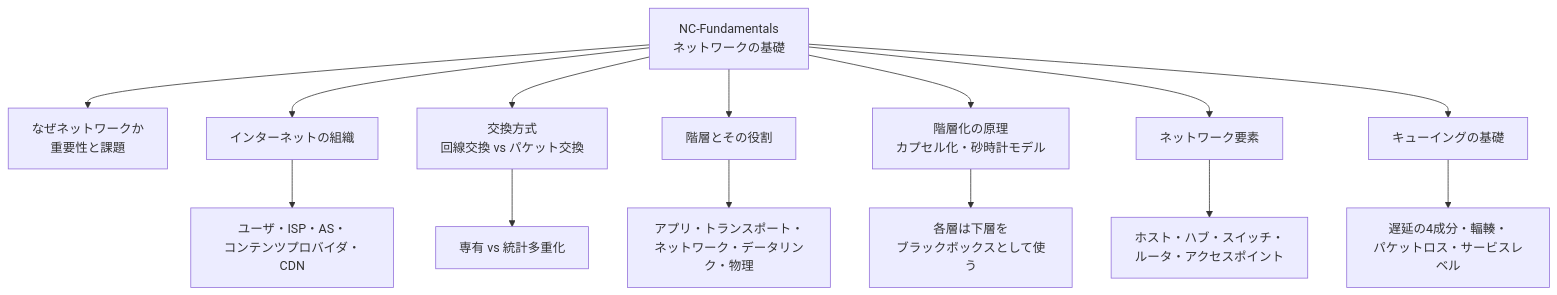
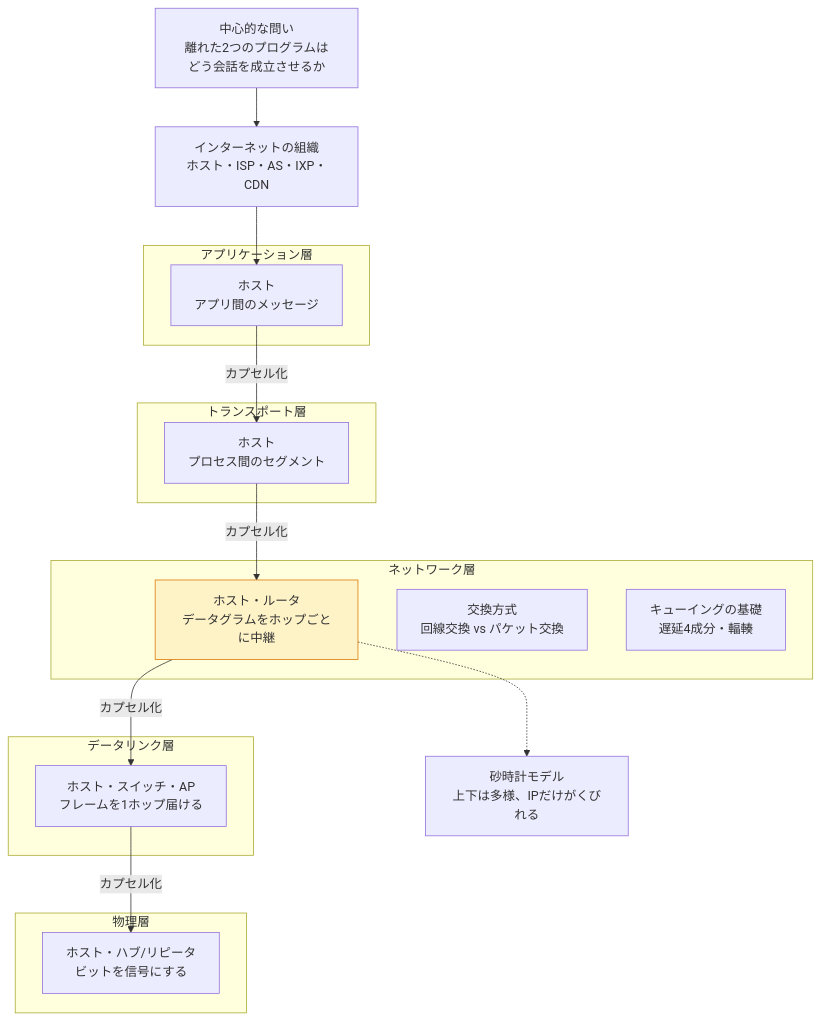
Before and after one commit to miyataka/cszap: the first of 3 diagrams in docs/NC/NC-Fundamentals.md, drawn with Mermaid. The commit also changed other lines of this file and 28 other files, not shown here.

First line of the commit message:
docs: redesign 全体像 diagrams per unit (29 pages)

````diff
--- a/docs/NC/NC-Fundamentals.md
+++ b/docs/NC/NC-Fundamentals.md
@@ -12,16 +12,35 @@
 ```mermaid
 graph TD
-  A[NC-Fundamentals<br/>ネットワークの基礎] --> B[なぜネットワークか<br/>重要性と課題]
-  A --> C[インターネットの組織]
-  A --> D[交換方式<br/>回線交換 vs パケット交換]
-  A --> E[階層とその役割]
-  A --> F[階層化の原理<br/>カプセル化・砂時計モデル]
-  A --> G[ネットワーク要素]
-  A --> H[キューイングの基礎]
-  C --> C1[ユーザ・ISP・AS・<br/>コンテンツプロバイダ・CDN]
-  D --> D1[専有 vs 統計多重化]
-  E --> E1[アプリ・トランスポート・<br/>ネットワーク・データリンク・物理]
-  F --> F1[各層は下層を<br/>ブラックボックスとして使う]
-  G --> G1[ホスト・ハブ・スイッチ・<br/>ルータ・アクセスポイント]
-  H --> H1[遅延の4成分・輻輳・<br/>パケットロス・サービスレベル]
+  Q["中心的な問い<br/>離れた2つのプログラムはどう会話を成立させるか"]
+  ORG["インターネットの組織<br/>ホスト・ISP・AS・IXP・CDN"]
+  HG["砂時計モデル<br/>上下は多様、IPだけがくびれる"]
+
+  subgraph APPL["アプリケーション層"]
+    HA["ホスト<br/>アプリ間のメッセージ"]
+  end
+  subgraph TRANSL["トランスポート層"]
+    HT["ホスト<br/>プロセス間のセグメント"]
+  end
+  subgraph NETL["ネットワーク層"]
+    HN["ホスト・ルータ<br/>データグラムをホップごとに中継"]
+    SWX["交換方式<br/>回線交換 vs パケット交換"]
+    QUE["キューイングの基礎<br/>遅延4成分・輻輳"]
+  end
+  subgraph DLL["データリンク層"]
+    HD["ホスト・スイッチ・AP<br/>フレームを1ホップ届ける"]
+  end
+  subgraph PHYL["物理層"]
+    HP["ホスト・ハブ/リピータ<br/>ビットを信号にする"]
+  end
+
+  Q --> ORG
+  ORG --> HA
+  HA -->|カプセル化| HT
+  HT -->|カプセル化| HN
+  HN -->|カプセル化| HD
+  HD -->|カプセル化| HP
+  HN -.-> HG
+
+  classDef waist fill:#fef3c7,stroke:#d97706;
+  class HN waist;
 ```
````
